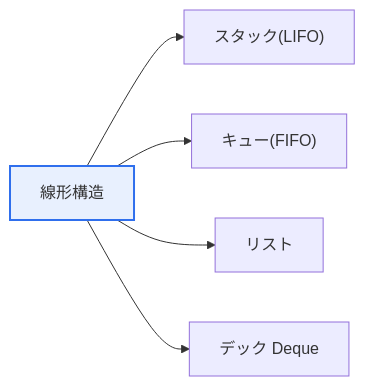
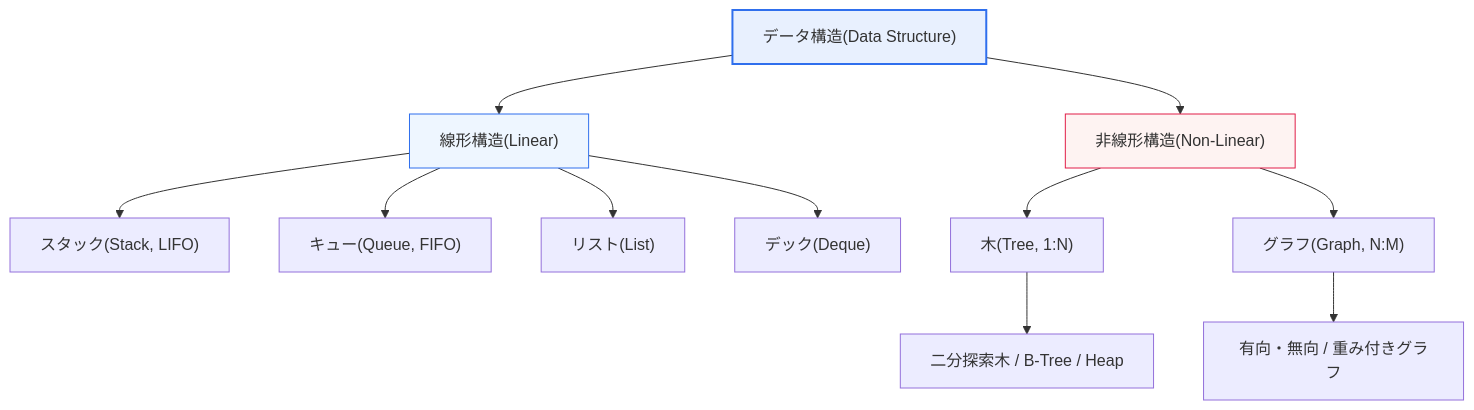
One commit to coninggu/wjdqhrhksflrltnftk changed the first of 2 diagrams in content/ja/data-structure-linear-nonlinear.md. Above: the diagram before and after it, drawn with Mermaid. The commit also changed other lines of this file and 37 other files, not shown here.

````diff
--- a/content/ja/data-structure-linear-nonlinear.md
+++ b/content/ja/data-structure-linear-nonlinear.md
@@ -15,8 +23,16 @@
 ```mermaid
-flowchart LR
-  A[線形構造] --> S["スタック(LIFO)"]
-  A --> Q["キュー(FIFO)"]
-  A --> L[リスト]
-  A --> D[デック Deque]
-  style A fill:#e8f0fe,stroke:#2f6fed,stroke-width:2px
+flowchart TB
+  DS["データ構造(Data Structure)"] --> LN["線形構造(Linear)"]
+  DS --> NL["非線形構造(Non-Linear)"]
+  LN --> ST["スタック(Stack, LIFO)"]
+  LN --> QU["キュー(Queue, FIFO)"]
+  LN --> LI["リスト(List)"]
+  LN --> DQ["デック(Deque)"]
+  NL --> TR["木(Tree, 1:N)"]
+  NL --> GR["グラフ(Graph, N:M)"]
+  TR --> BST["二分探索木 / B-Tree / Heap"]
+  GR --> DG["有向・無向 / 重み付きグラフ"]
+  style DS fill:#e8f0fe,stroke:#2f6fed,stroke-width:2px
+  style LN fill:#eef6ff,stroke:#2f6fed
+  style NL fill:#fef3f2,stroke:#e11d48
 ```
````
